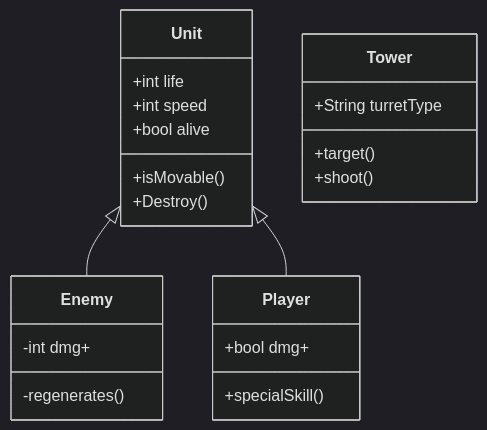
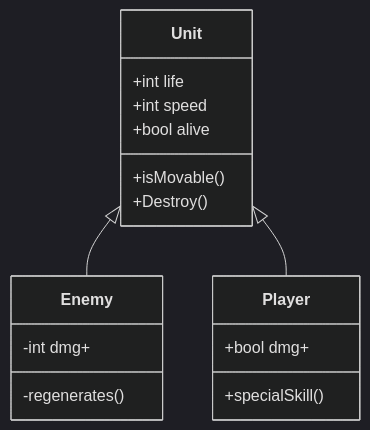
Before and after one commit to j5x/PvB2025: the second of 2 diagrams in README.md, drawn with Mermaid (dark theme).

````diff
--- a/README.md
+++ b/README.md
@@ -73,24 +73,19 @@
 ```mermaid
 classDiagram
 
 Unit <|-- Enemy
 Unit <|-- Player
 Unit : +int life
 Unit : +int speed
 Unit : +bool alive
 Unit: +isMovable()
 Unit: +Destroy()
-class Tower{
-+String turretType
-+target()
-+shoot()
-}
 class Enemy{
 -int dmg+
 -regenerates()
 }
 class Player{
 +bool dmg+
 +specialSkill()
 }
 ```
````
